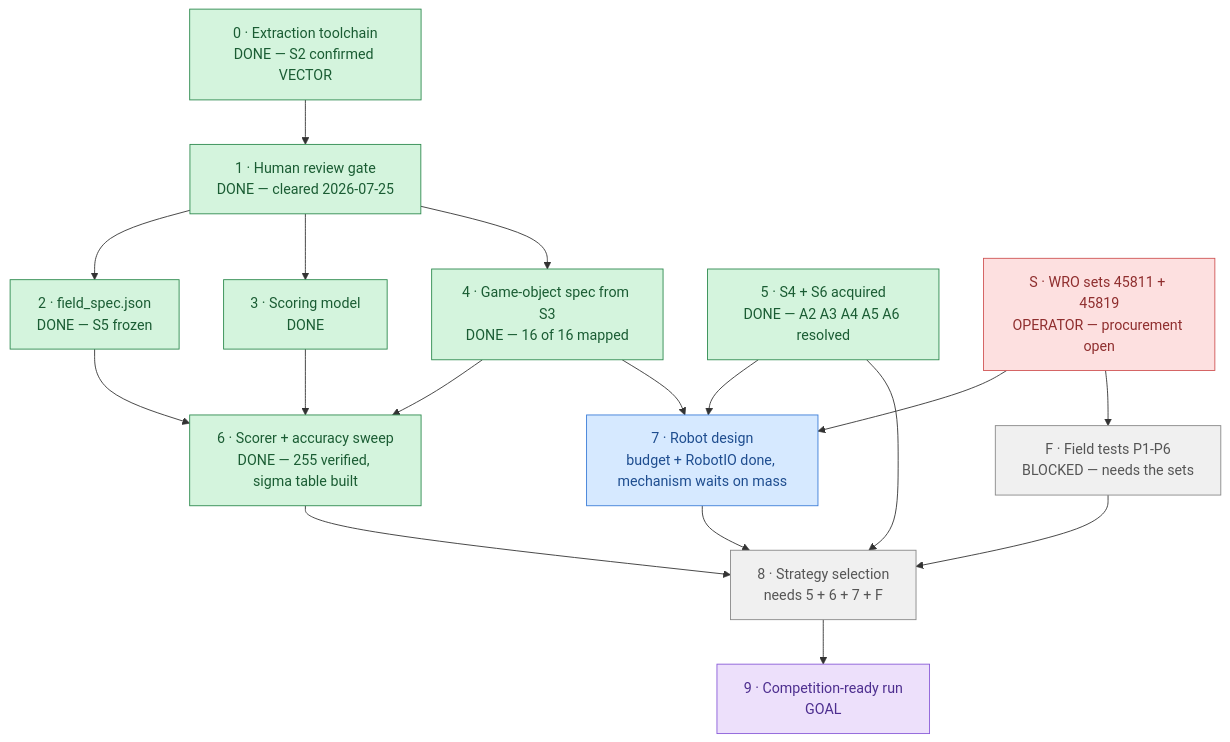
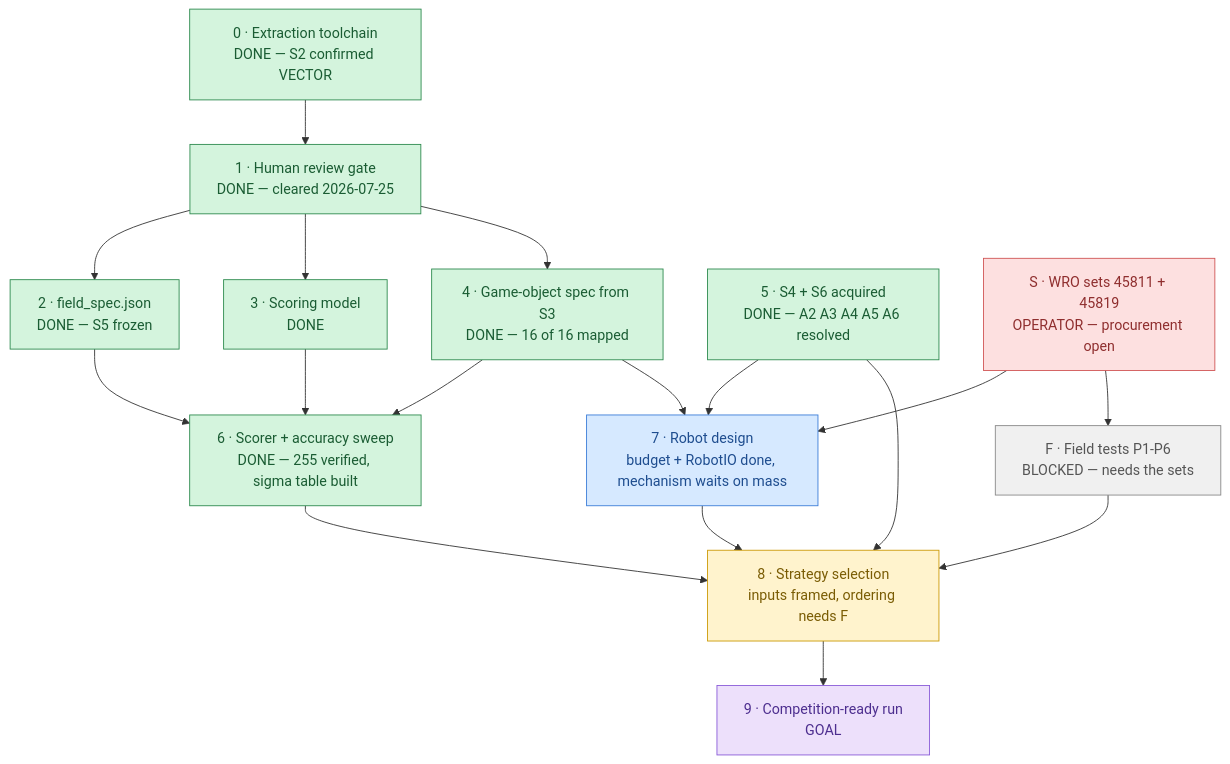
The diagram in docs/plans/ROADMAP.md (lumduan/wro-2026), drawn with Mermaid before and after one commit. The commit also changed other lines of this file and 8 other files, not shown here.

````diff
--- a/docs/plans/ROADMAP.md
+++ b/docs/plans/ROADMAP.md
@@ -7,32 +7,33 @@
 ```mermaid
 flowchart TD
     P0["0 · Extraction toolchain<br/>DONE — S2 confirmed VECTOR"] --> P1["1 · Human review gate<br/>DONE — cleared 2026-07-25"]
     P1 --> P2["2 · field_spec.json<br/>DONE — S5 frozen"]
     P1 --> P3["3 · Scoring model<br/>DONE"]
     P1 --> P4["4 · Game-object spec from S3<br/>DONE — 16 of 16 mapped"]
     P2 --> P6["6 · Scorer + accuracy sweep<br/>DONE — 255 verified, sigma table built"]
     P3 --> P6
     P4 --> P6
     P5["5 · S4 + S6 acquired<br/>DONE — A2 A3 A4 A5 A6 resolved"] --> P7["7 · Robot design<br/>budget + RobotIO done, mechanism waits on mass"]
     P4 --> P7
     SETS["S · WRO sets 45811 + 45819<br/>OPERATOR — procurement open"] --> P7
     SETS --> FT["F · Field tests P1-P6<br/>BLOCKED — needs the sets"]
-    P6 --> P8["8 · Strategy selection<br/>needs 5 + 6 + 7 + F"]
+    P6 --> P8["8 · Strategy selection<br/>inputs framed, ordering needs F"]
     P7 --> P8
     P5 --> P8
     FT --> P8
     P8 --> P9["9 · Competition-ready run<br/>GOAL"]
 
     classDef done     fill:#d4f4dd,stroke:#2d8a4e,color:#1a5c33
     classDef active   fill:#fff3cd,stroke:#cc9a06,color:#7a5c04
     classDef ready    fill:#d6e9ff,stroke:#3b7dd8,color:#1e4d8f
     classDef blocked  fill:#f0f0f0,stroke:#888,color:#555
     classDef decision fill:#fde0e0,stroke:#d05555,color:#8f2e2e
     classDef goal     fill:#ede0fb,stroke:#8a5cd8,color:#4d2e8f
 
     class P0,P1,P2,P3,P4,P5,P6 done
     class P7 ready
     class SETS decision
-    class FT,P8 blocked
+    class P8 active
+    class FT blocked
     class P9 goal
 ```
````
